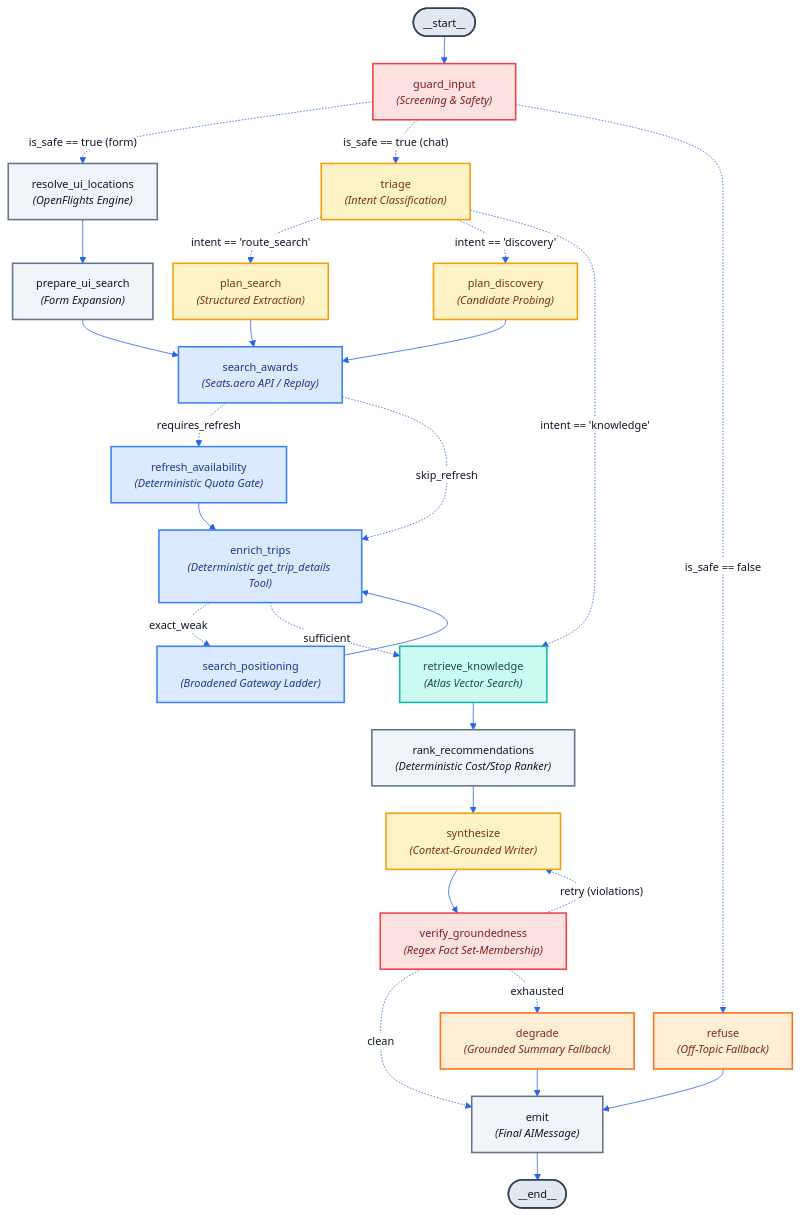
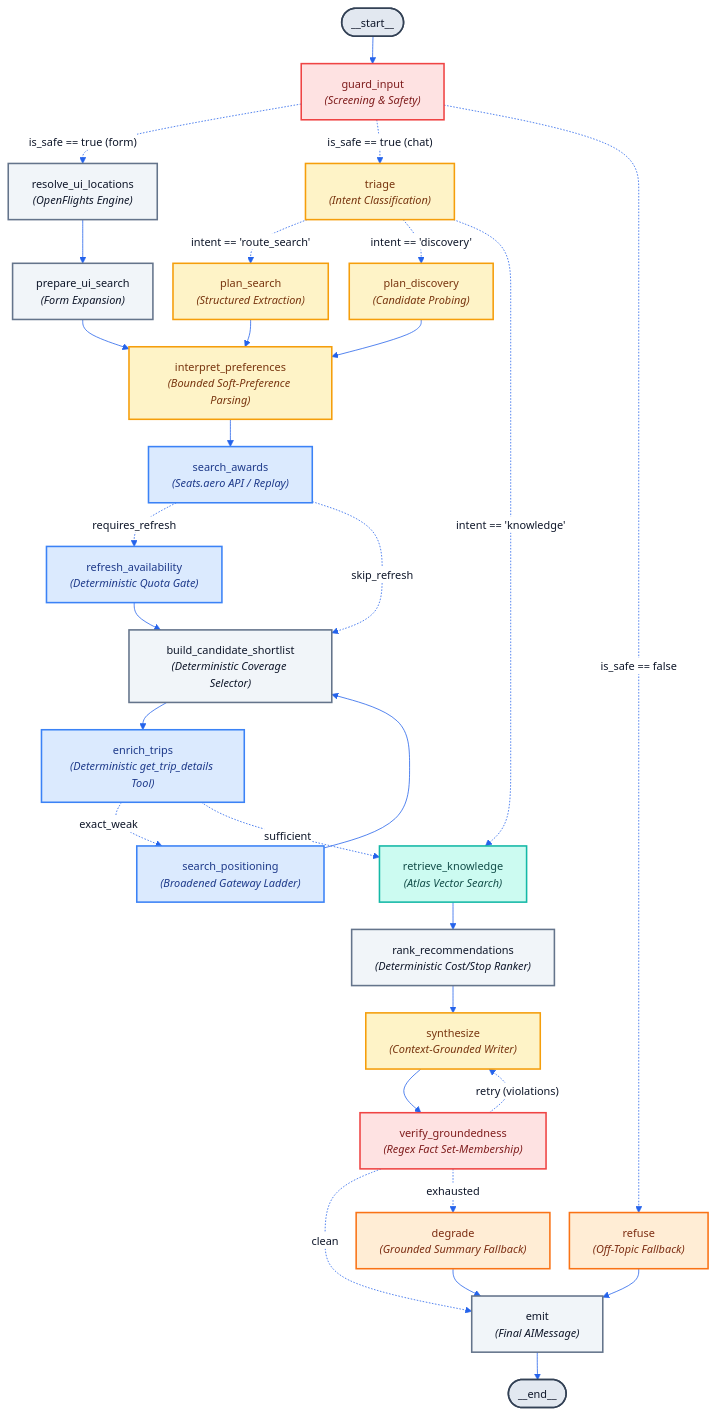
The second of 3 diagrams in Architecture.md (david-vest/award-travel-agent), drawn with Mermaid before and after one commit. The commit also changed other lines of this file and 29 other files, not shown here.

Commit message:
feat: introduce preference interpretation and candidate shortlisting nodes to the agent graph for balanced recommendation coverage.

```diff
--- a/Architecture.md
+++ b/Architecture.md
@@ -108,11 +108,13 @@
   
   PlanSearch["plan_search<br/><i>(Structured Extraction)</i>"]:::llmNode
   PlanDisc["plan_discovery<br/><i>(Candidate Probing)</i>"]:::llmNode
+  Preferences["interpret_preferences<br/><i>(Bounded Soft-Preference Parsing)</i>"]:::llmNode
   
   Search["search_awards<br/><i>(Seats.aero API / Replay)</i>"]:::toolNode
   Refresh["refresh_availability<br/><i>(Deterministic Quota Gate)</i>"]:::toolNode
   Enrich["enrich_trips<br/><i>(Deterministic get_trip_details Tool)</i>"]:::toolNode
   Position["search_positioning<br/><i>(Broadened Gateway Ladder)</i>"]:::toolNode
+  Shortlist["build_candidate_shortlist<br/><i>(Deterministic Coverage Selector)</i>"]:::detNode
   
   RAG["retrieve_knowledge<br/><i>(Atlas Vector Search)</i>"]:::ragNode
   Rank["rank_recommendations<br/><i>(Deterministic Cost/Stop Ranker)</i>"]:::detNode
@@ -136,17 +138,19 @@
   Triage -.->|"intent == 'knowledge'"| RAG
   
   ResolveUI --> PrepareUI
-  PrepareUI --> Search
-  PlanSearch --> Search
-  PlanDisc --> Search
+  PrepareUI --> Preferences
+  PlanSearch --> Preferences
+  PlanDisc --> Preferences
+  Preferences --> Search
   
   Search -.->|"requires_refresh"| Refresh
-  Search -.->|"skip_refresh"| Enrich
-  Refresh --> Enrich
+  Search -.->|"skip_refresh"| Shortlist
+  Refresh --> Shortlist
+  Shortlist --> Enrich
   
   Enrich -.->|"exact_weak"| Position
   Enrich -.->|"sufficient"| RAG
-  Position --> Enrich
+  Position --> Shortlist
   
   RAG --> Rank
   Rank --> Synthesize
```
